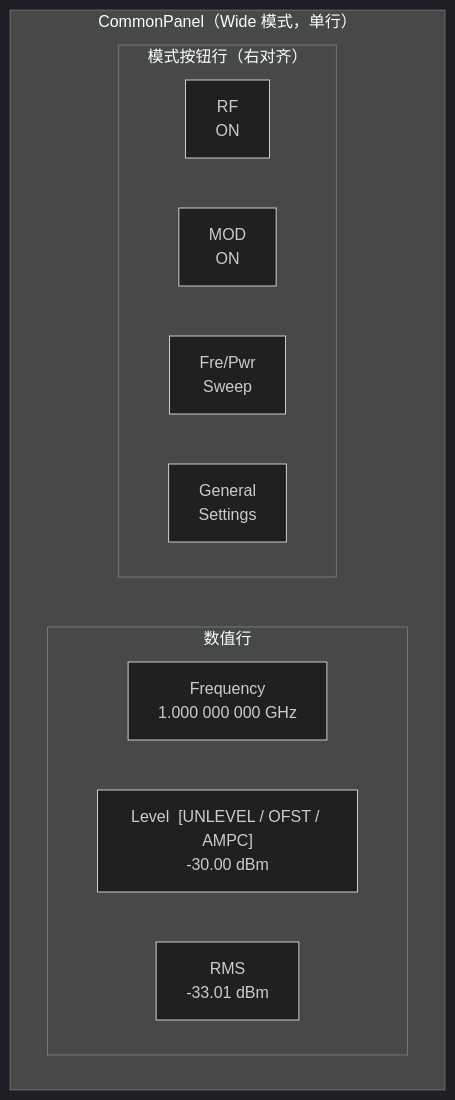
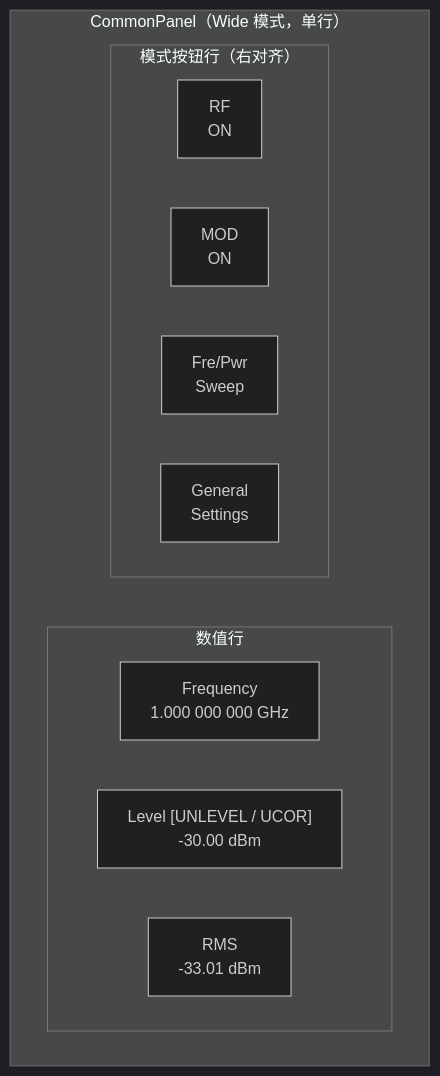
Before and after one commit to ChairmanHA/skills: the first of 4 diagrams in .github/KnowledgeBase/signal_impairments_ui_entry_design.md, drawn with Mermaid (dark theme). The commit also changed other lines of this file and 16 other files, not shown here.

````diff
--- a/.github/KnowledgeBase/signal_impairments_ui_entry_design.md
+++ b/.github/KnowledgeBase/signal_impairments_ui_entry_design.md
@@ -51,19 +73,19 @@
 ```mermaid
 flowchart LR
     subgraph CommonPanel["CommonPanel（Wide 模式，单行）"]
         direction LR
         subgraph ValueRow["数值行"]
             direction LR
             F["Frequency<br/>1.000 000 000 GHz"]
-            L["Level  [UNLEVEL / OFST / AMPC]<br/>-30.00 dBm"]
+            L["Level  [UNLEVEL / UCOR]<br/>-30.00 dBm"]
             R["RMS<br/>-33.01 dBm"]
         end
         subgraph ButtonRow["模式按钮行（右对齐）"]
             direction LR
             RF["RF<br/>ON"]
             MOD["MOD<br/>ON"]
             SW["Fre/Pwr<br/>Sweep"]
             SET["General<br/>Settings"]
         end
     end
 ```
````
